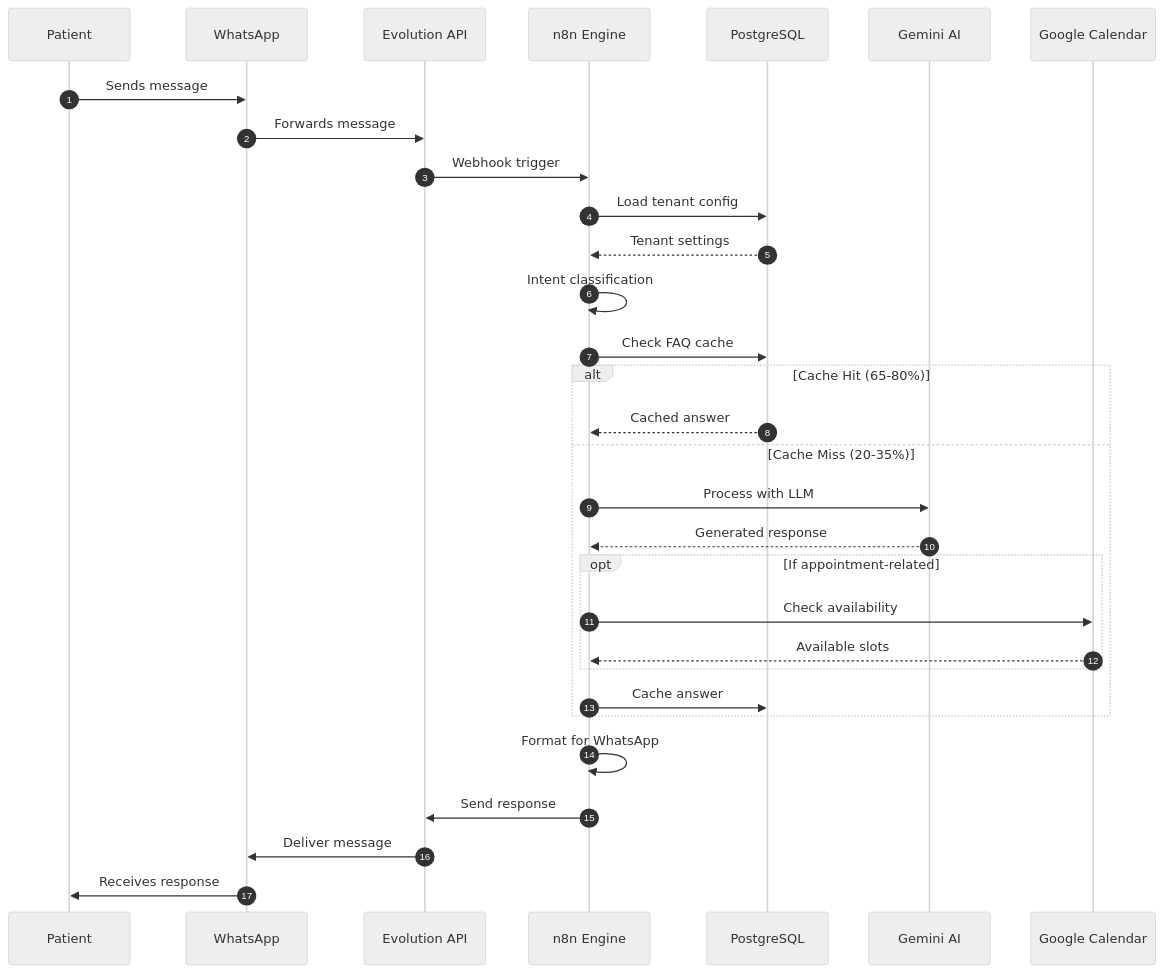
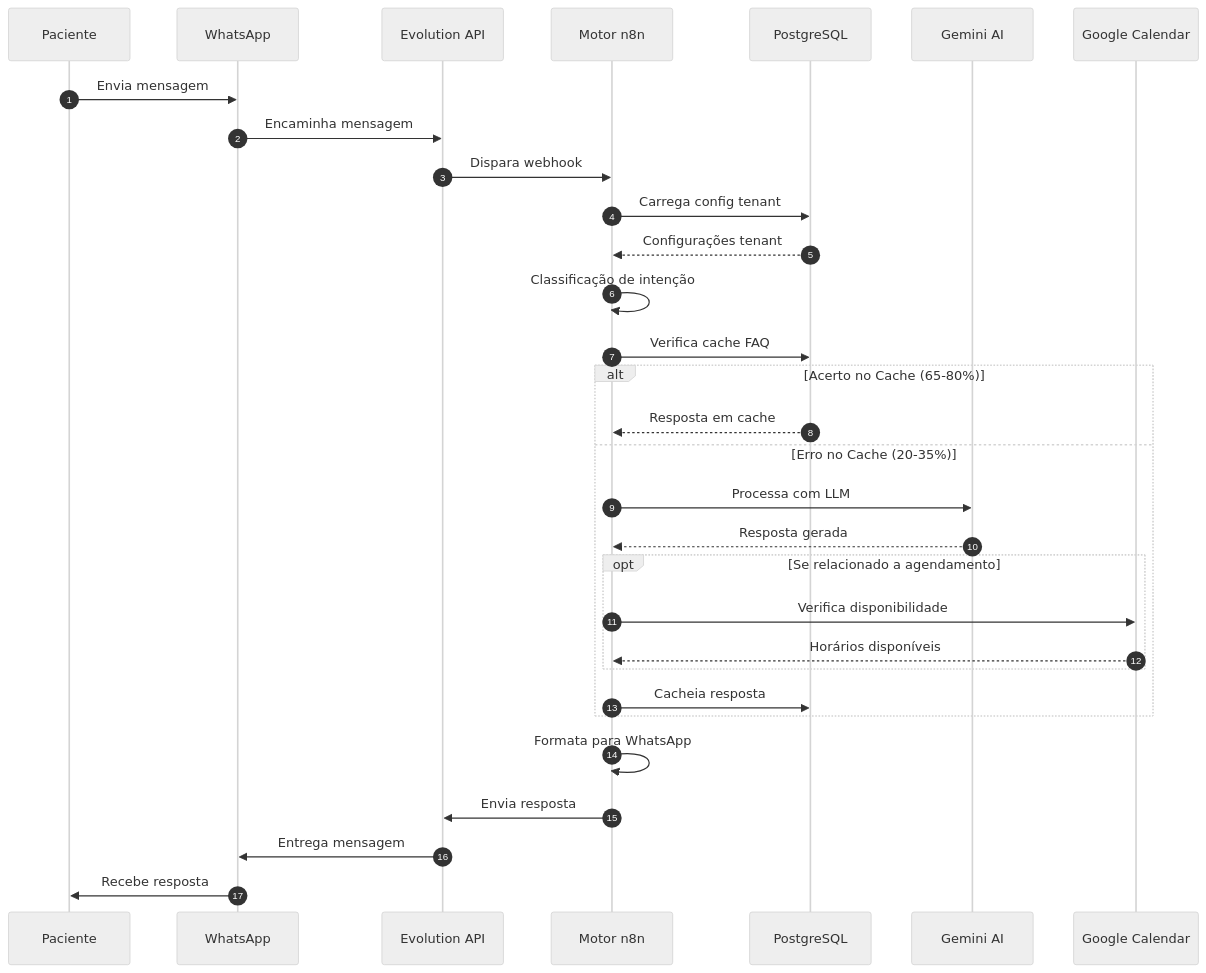
Before and after one commit to RenanLisboa8/n8n-clinic-multiagent: the sixth of 10 diagrams in docs/ARCHITECTURE.md, drawn with Mermaid (neutral theme). The commit also changed other lines of this file and 3 other files, not shown here.

First line of the commit message:
Translate architecture and deployment documentation to Portuguese

````diff
--- a/docs/ARCHITECTURE.md
+++ b/docs/ARCHITECTURE.md
@@ -278,41 +278,41 @@
 ```mermaid
 sequenceDiagram
     autonumber
     
-    participant P as Patient
+    participant P as Paciente
     participant W as WhatsApp
     participant E as Evolution API
-    participant N as n8n Engine
+    participant N as Motor n8n
     participant DB as PostgreSQL
     participant AI as Gemini AI
     participant GC as Google Calendar
     
-    P->>W: Sends message
-    W->>E: Forwards message
-    E->>N: Webhook trigger
+    P->>W: Envia mensagem
+    W->>E: Encaminha mensagem
+    E->>N: Dispara webhook
     
-    N->>DB: Load tenant config
-    DB-->>N: Tenant settings
+    N->>DB: Carrega config tenant
+    DB-->>N: Configurações tenant
     
-    N->>N: Intent classification
-    N->>DB: Check FAQ cache
+    N->>N: Classificação de intenção
+    N->>DB: Verifica cache FAQ
     
-    alt Cache Hit (65-80%)
-        DB-->>N: Cached answer
-    else Cache Miss (20-35%)
-        N->>AI: Process with LLM
-        AI-->>N: Generated response
+    alt Acerto no Cache (65-80%)
+        DB-->>N: Resposta em cache
+    else Erro no Cache (20-35%)
+        N->>AI: Processa com LLM
+        AI-->>N: Resposta gerada
         
-        opt If appointment-related
-            N->>GC: Check availability
-            GC-->>N: Available slots
+        opt Se relacionado a agendamento
+            N->>GC: Verifica disponibilidade
+            GC-->>N: Horários disponíveis
         end
         
-        N->>DB: Cache answer
+        N->>DB: Cacheia resposta
     end
     
-    N->>N: Format for WhatsApp
-    N->>E: Send response
-    E->>W: Deliver message
-    W->>P: Receives response
+    N->>N: Formata para WhatsApp
+    N->>E: Envia resposta
+    E->>W: Entrega mensagem
+    W->>P: Recebe resposta
 ```
````
